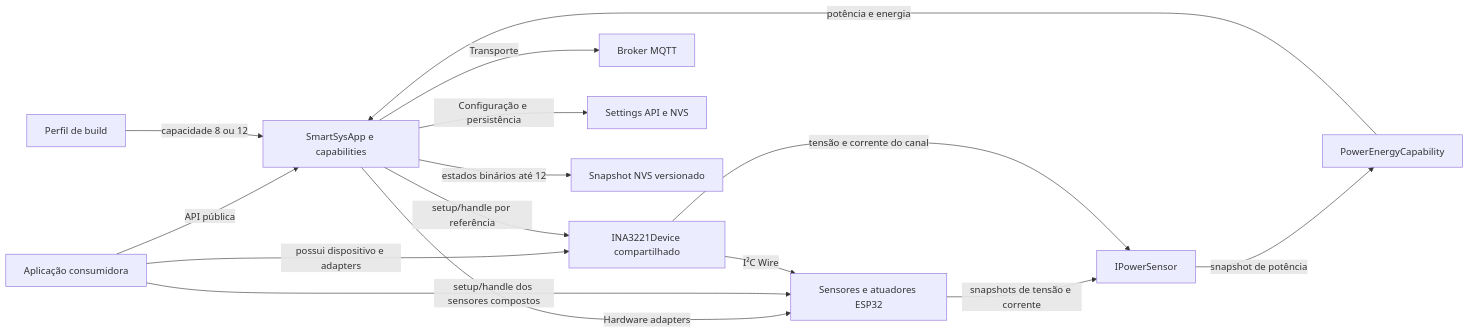
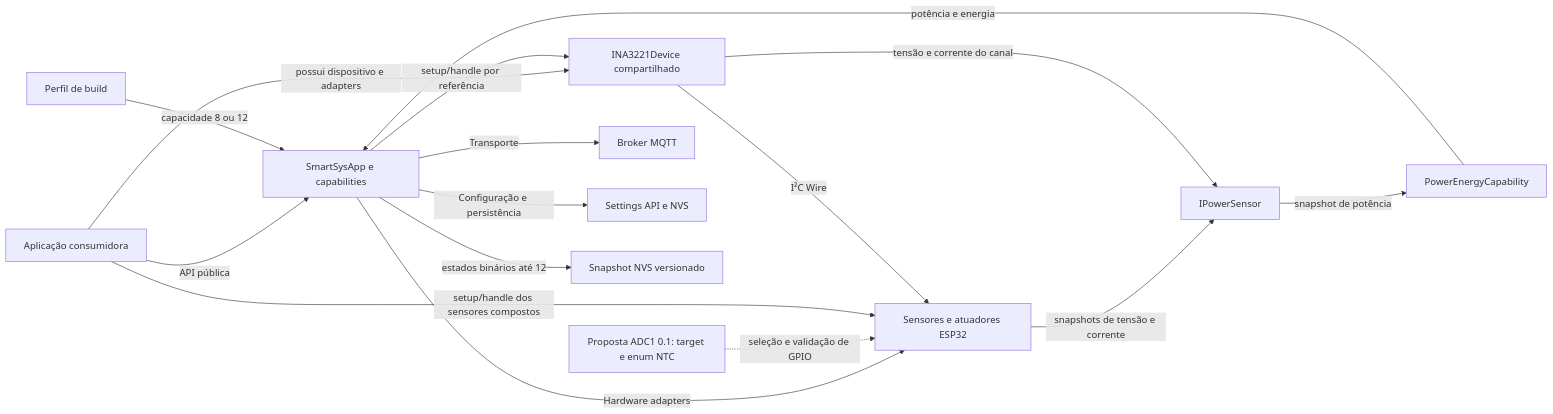
The diagram in docs/rfc/KNOWLEDGE-MAP.md (iotsmartsys/IoTSmartSysCore), drawn with Mermaid before and after one commit. The commit also changed other lines of this file and 3 other files, not shown here.

````diff
--- a/docs/rfc/KNOWLEDGE-MAP.md
+++ b/docs/rfc/KNOWLEDGE-MAP.md
@@ -121,17 +134,18 @@
 ```mermaid
 flowchart LR
     APP["Aplicação consumidora"] -->|"API pública"| CORE["SmartSysApp e capabilities"]
     PROFILE["Perfil de build"] -->|"capacidade 8 ou 12"| CORE
     CORE -->|"Hardware adapters"| HW["Sensores e atuadores ESP32"]
+    ADC1["Proposta ADC1 0.1: target e enum NTC"] -.->|"seleção e validação de GPIO"| HW
     APP -->|"setup/handle dos sensores compostos"| HW
     APP -->|"possui dispositivo e adapters"| INA["INA3221Device compartilhado"]
     CORE -->|"setup/handle por referência"| INA
     INA -->|"I²C Wire"| HW
     HW -->|"snapshots de tensão e corrente"| PSENSOR["IPowerSensor"]
     INA -->|"tensão e corrente do canal"| PSENSOR
     PSENSOR -->|"snapshot de potência"| POWER["PowerEnergyCapability"]
     POWER -->|"potência e energia"| CORE
     CORE -->|"Transporte"| MQTT["Broker MQTT"]
     CORE -->|"Configuração e persistência"| SETTINGS["Settings API e NVS"]
     CORE -->|"estados binários até 12"| BCS["Snapshot NVS versionado"]
 ```
````
